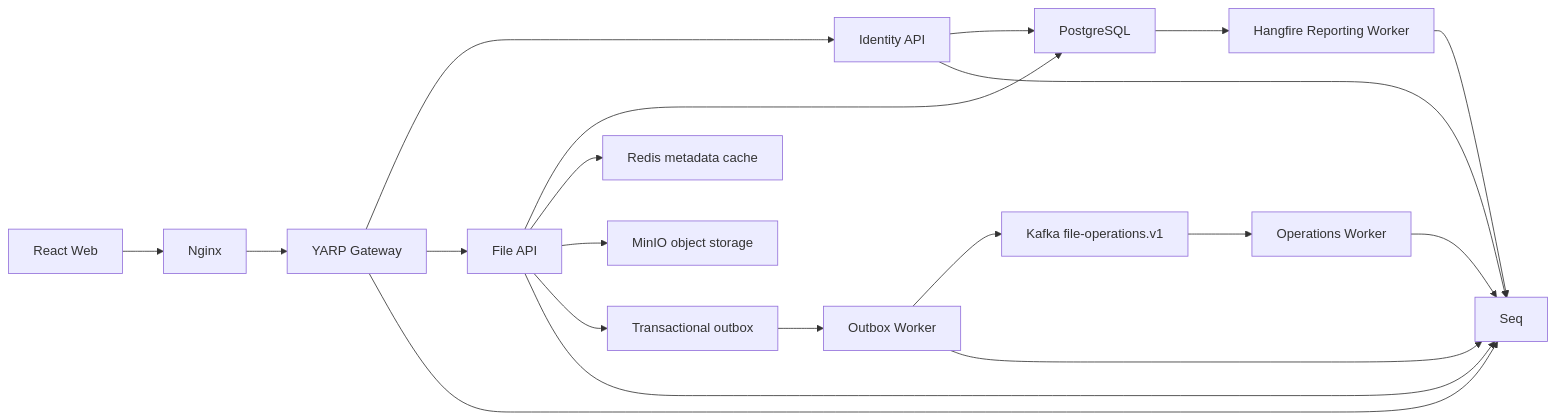
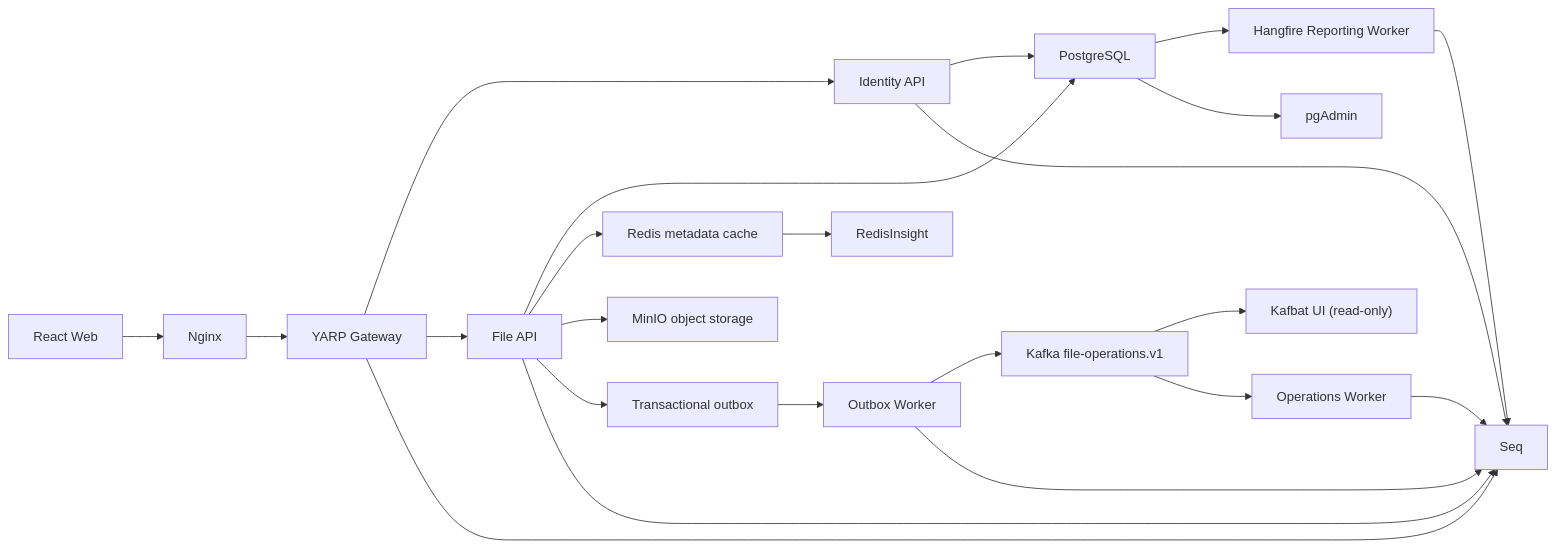
The diagram in docs/final-project-report.md (kadiradimutlu/minio-file-management), drawn with Mermaid before and after one commit. The commit also changed other lines of this file and 13 other files, not shown here.

````diff
--- a/docs/final-project-report.md
+++ b/docs/final-project-report.md
@@ -36,22 +38,25 @@
 ```mermaid
 flowchart LR
     U["React Web"] --> N["Nginx"]
     N --> G["YARP Gateway"]
     G --> I["Identity API"]
     G --> A["File API"]
     I --> P["PostgreSQL"]
     A --> P
     A --> R["Redis metadata cache"]
     A --> M["MinIO object storage"]
     A --> O["Transactional outbox"]
     O --> W["Outbox Worker"]
     W --> K["Kafka file-operations.v1"]
+    K --> KU["Kafbat UI (read-only)"]
     K --> C["Operations Worker"]
+    R --> RI["RedisInsight"]
     P --> H["Hangfire Reporting Worker"]
+    P --> PG["pgAdmin"]
     A --> S["Seq"]
     I --> S
     G --> S
     W --> S
     C --> S
     H --> S
 ```
````
